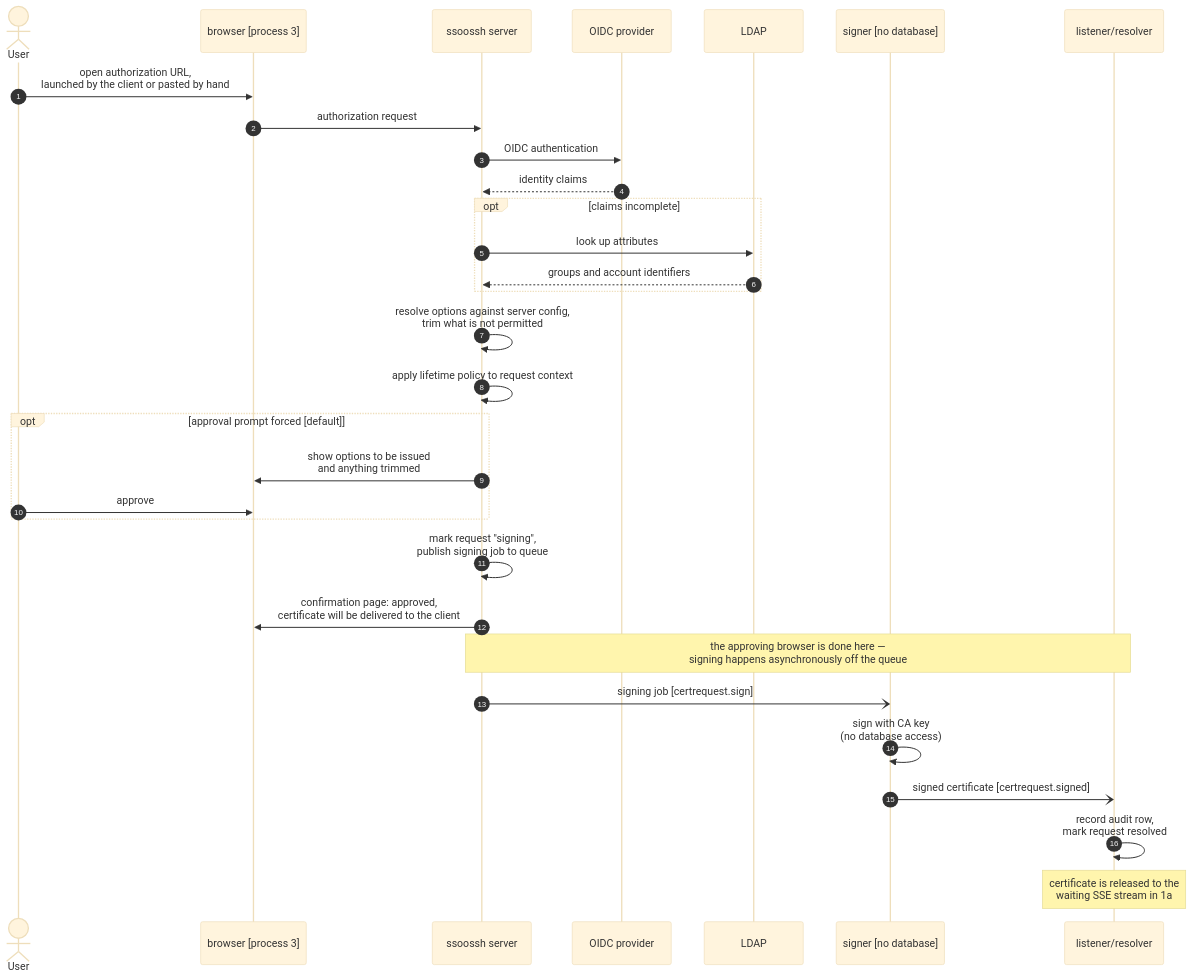
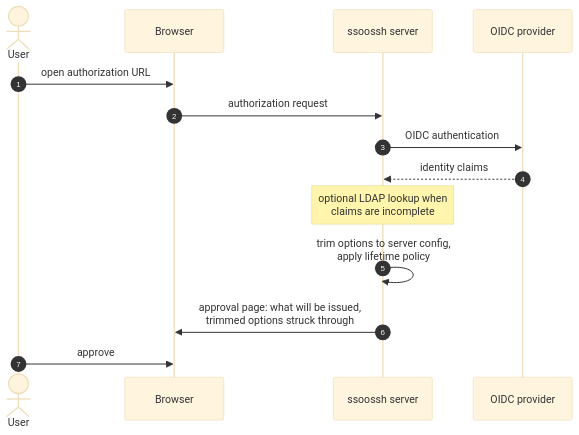
Before and after one commit to mnestor/ssoossh: the second of 11 diagrams in docs/flows.md, drawn with Mermaid (base theme). The commit also changed other lines of this file and 81 other files, not shown here.

````diff
--- a/docs/flows.md
+++ b/docs/flows.md
@@ -61,38 +45,17 @@
 ```mermaid
 sequenceDiagram
     autonumber
     actor User
-    participant Browser as browser [process 3]
+    participant Browser
     participant Server as ssoossh server
     participant IdP as OIDC provider
-    participant LDAP
-    participant Signer as signer [no database]
-    participant Listener as listener/resolver
 
-    User->>Browser: open authorization URL,<br/>launched by the client or pasted by hand
+    User->>Browser: open authorization URL
     Browser->>Server: authorization request
     Server->>IdP: OIDC authentication
     IdP-->>Server: identity claims
-    opt claims incomplete
-        Server->>LDAP: look up attributes
-        LDAP-->>Server: groups and account identifiers
-    end
-
-    Server->>Server: resolve options against server config,<br/>trim what is not permitted
-    Server->>Server: apply lifetime policy to request context
-
-    opt approval prompt forced [default]
-        Server->>Browser: show options to be issued<br/>and anything trimmed
-        User->>Browser: approve
-    end
-
-    Server->>Server: mark request "signing",<br/>publish signing job to queue
-    Server->>Browser: confirmation page: approved,<br/>certificate will be delivered to the client
-
-    Note over Server,Listener: the approving browser is done here —<br/>signing happens asynchronously off the queue
-    Server-)Signer: signing job [certrequest.sign]
-    Signer->>Signer: sign with CA key<br/>(no database access)
-    Signer-)Listener: signed certificate [certrequest.signed]
-    Listener->>Listener: record audit row,<br/>mark request resolved
-    Note over Listener: certificate is released to the<br/>waiting SSE stream in 1a
+    Note over Server: optional LDAP lookup when<br/>claims are incomplete
+    Server->>Server: trim options to server config,<br/>apply lifetime policy
+    Server->>Browser: approval page: what will be issued,<br/>trimmed options struck through
+    User->>Browser: approve
 ```
````
